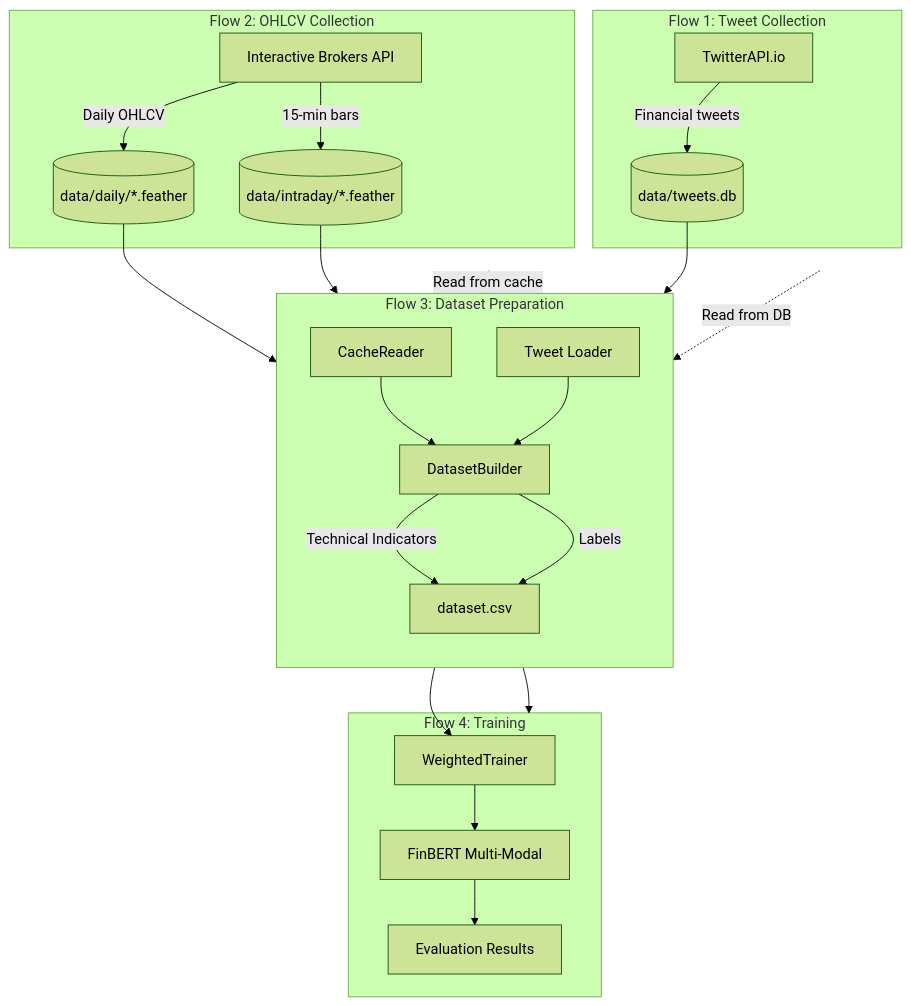
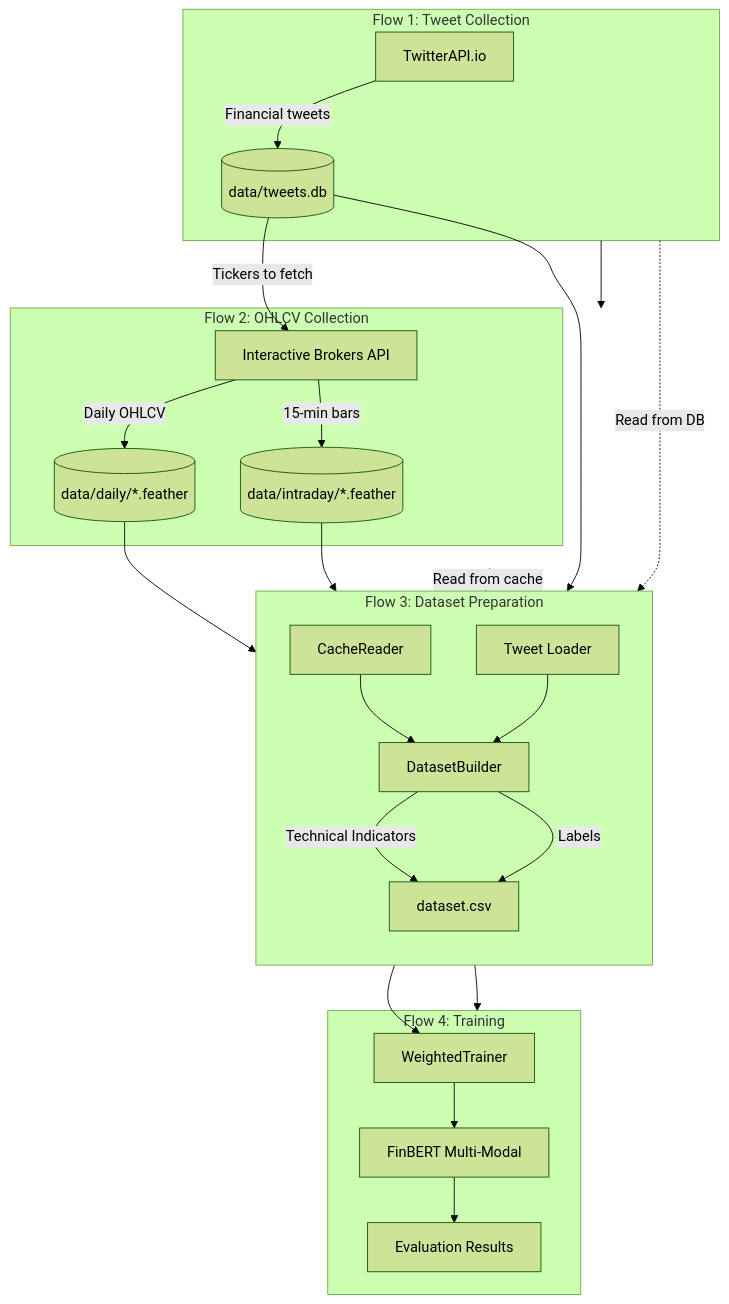
The first of 9 diagrams in docs/ARCHITECTURE.md (michaelzus/FinTweet-ML), drawn with Mermaid (forest theme) before and after one commit. The commit also changed 1 other file, not shown here.

Commit message:
docs: Update flow diagrams in README and architecture documentation
- Revised flow diagrams in README.md and ARCHITECTURE.md to clarify the data flow between TweetDB and the Interactive Brokers API.
- Enhanced documentation to accurately represent the updated structure of the OHLCV collection process, improving overall clarity and user understanding.

````diff
--- a/docs/ARCHITECTURE.md
+++ b/docs/ARCHITECTURE.md
@@ -12,34 +12,35 @@
 ```mermaid
 flowchart TB
     subgraph Flow1[Flow 1: Tweet Collection]
         TwitterAPI[TwitterAPI.io]
         TwitterAPI --> |Financial tweets| TweetDB[(data/tweets.db)]
     end
     
     subgraph Flow2[Flow 2: OHLCV Collection]
-        IB[Interactive Brokers API]
+        TweetDB --> |Tickers to fetch| IB[Interactive Brokers API]
         IB --> |Daily OHLCV| DailyCache[(data/daily/*.feather)]
         IB --> |15-min bars| IntradayCache[(data/intraday/*.feather)]
     end
     
     subgraph Flow3[Flow 3: Dataset Preparation]
         direction TB
         DailyCache --> CacheReader[CacheReader]
         IntradayCache --> CacheReader
         TweetDB --> TweetLoader[Tweet Loader]
         CacheReader --> DatasetBuilder[DatasetBuilder]
         TweetLoader --> DatasetBuilder
         DatasetBuilder --> |Technical Indicators| Dataset[dataset.csv]
         DatasetBuilder --> |Labels| Dataset
     end
     
     subgraph Flow4[Flow 4: Training]
         Dataset --> Trainer[WeightedTrainer]
         Trainer --> Model[FinBERT Multi-Modal]
         Model --> Eval[Evaluation Results]
     end
     
+    Flow1 --> Flow2
+    Flow2 -.-> |Read from cache| Flow3
     Flow1 -.-> |Read from DB| Flow3
-    Flow2 -.-> |Read from cache| Flow3
     Flow3 --> Flow4
 ```
````
